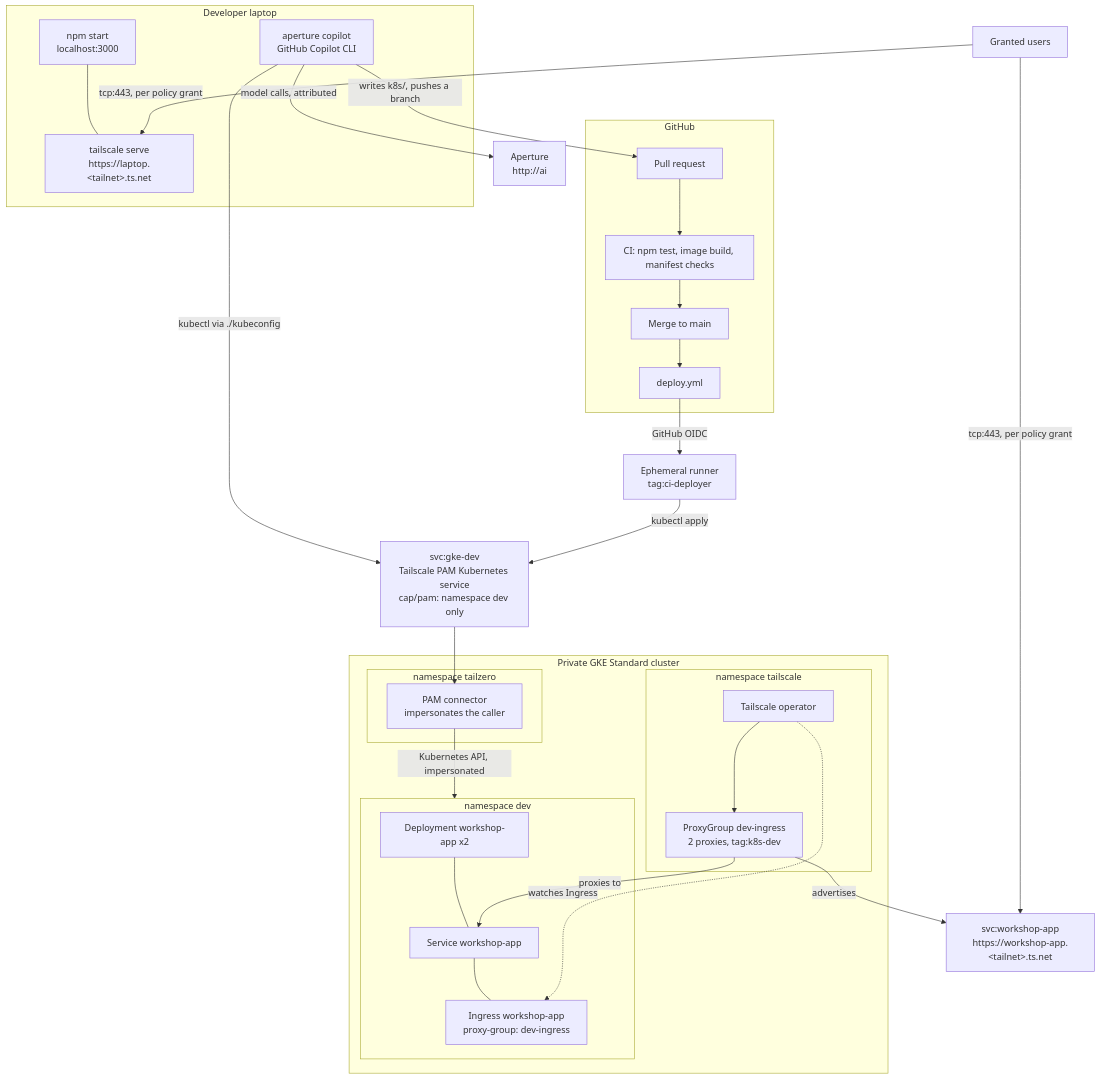
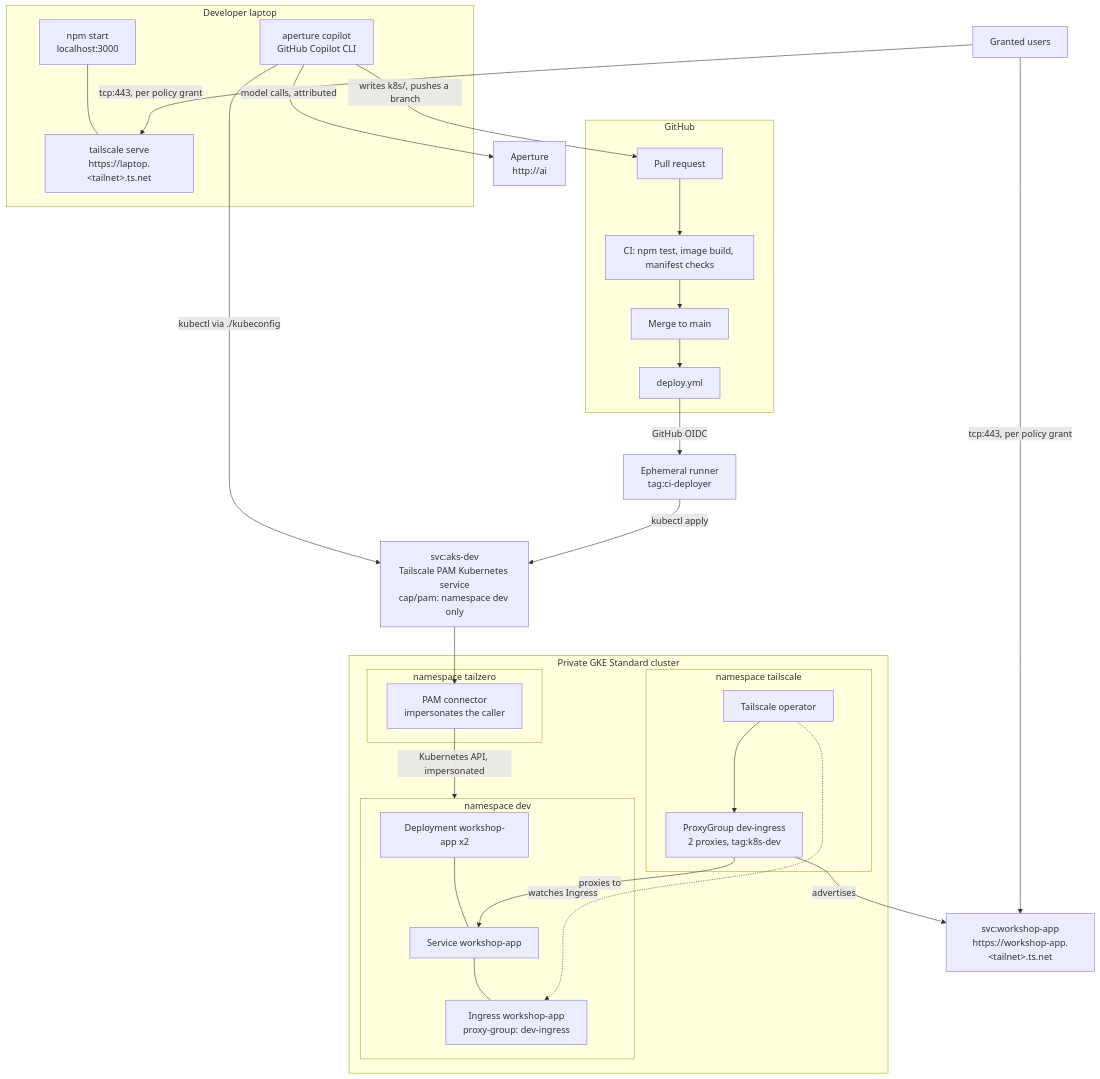
One commit to kbpersonal/agentic-aided-deployment-workshop changed the diagram in README.md. Above: the diagram before and after it, drawn with Mermaid. The commit also changed other lines of this file and 6 other files, not shown here.

````diff
--- a/README.md
+++ b/README.md
@@ -26,52 +26,52 @@
 ```mermaid
 flowchart TB
   subgraph laptop["Developer laptop"]
     app["npm start<br/>localhost:3000"]
     serve["tailscale serve<br/>https://laptop.&lt;tailnet&gt;.ts.net"]
     copilot["aperture copilot<br/>GitHub Copilot CLI"]
     app --- serve
   end
 
   aperture["Aperture<br/>http://ai"]
 
   subgraph github["GitHub"]
     pr["Pull request"] --> ci["CI: npm test, image build, manifest checks"] --> merge["Merge to main"]
     merge --> deploy["deploy.yml"]
   end
 
   runner["Ephemeral runner<br/>tag:ci-deployer"]
-  pam["svc:gke-dev<br/>Tailscale PAM Kubernetes service<br/>cap/pam: namespace dev only"]
+  pam["svc:aks-dev<br/>Tailscale PAM Kubernetes service<br/>cap/pam: namespace dev only"]
 
   subgraph gke["Private GKE Standard cluster"]
     subgraph ns0["namespace tailzero"]
       connector["PAM connector<br/>impersonates the caller"]
     end
     subgraph ns1["namespace dev"]
       dep["Deployment workshop-app x2"]
       svc["Service workshop-app"]
       ing["Ingress workshop-app<br/>proxy-group: dev-ingress"]
       dep --- svc --- ing
     end
     subgraph ns2["namespace tailscale"]
       operator["Tailscale operator"]
       pg["ProxyGroup dev-ingress<br/>2 proxies, tag:k8s-dev"]
     end
   end
 
   tsvc["svc:workshop-app<br/>https://workshop-app.&lt;tailnet&gt;.ts.net"]
   team["Granted users"]
 
   copilot -- "model calls, attributed" --> aperture
   copilot -- "writes k8s/, pushes a branch" --> pr
   copilot -- "kubectl via ./kubeconfig" --> pam
   deploy -- "GitHub OIDC" --> runner
   runner -- "kubectl apply" --> pam
   pam --> connector
   connector -- "Kubernetes API, impersonated" --> ns1
   operator -. "watches Ingress" .-> ing
   operator --> pg
   pg -- "advertises" --> tsvc
   pg -- "proxies to" --> svc
   team -- "tcp:443, per policy grant" --> tsvc
   team -- "tcp:443, per policy grant" --> serve
 ```
````
